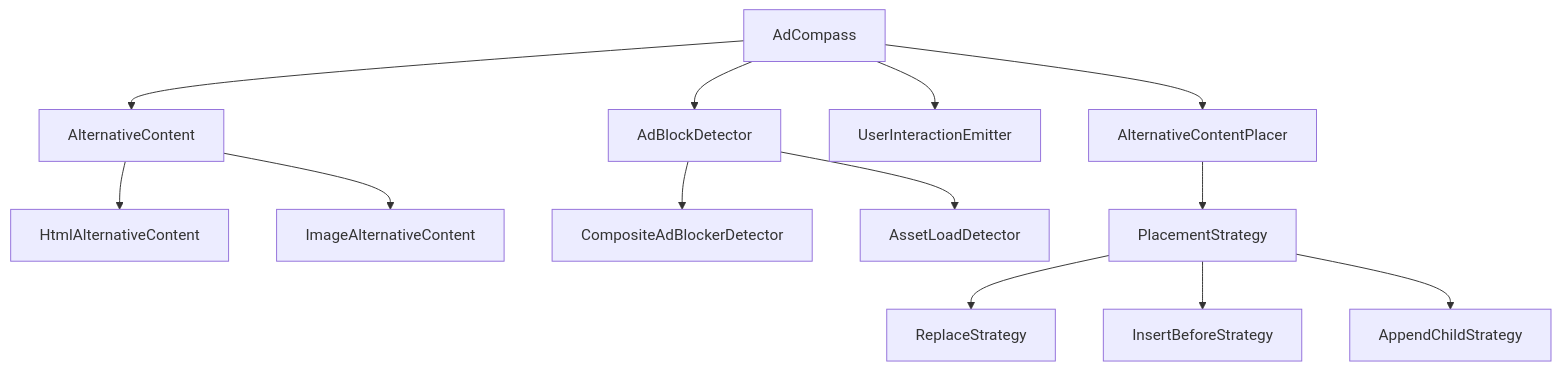
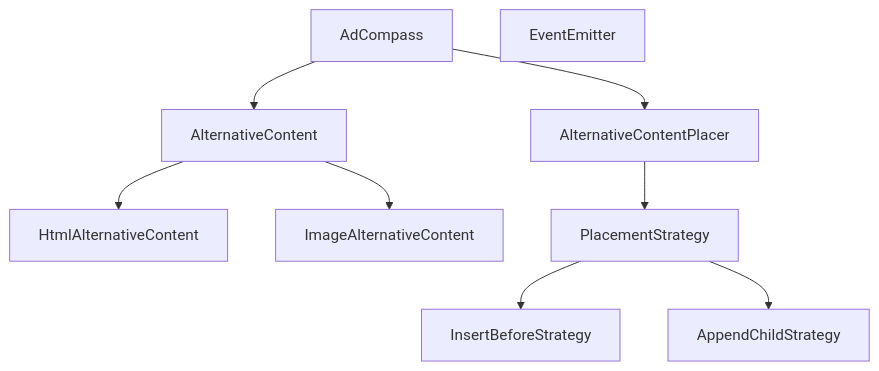
One commit to hogekai/ad-compass changed the diagram in docs/architecture/overview.md. Above: the diagram before and after it, drawn with Mermaid.

Commit message:
Remove ad blocker relationship from system overview

````diff
--- a/docs/architecture/overview.md
+++ b/docs/architecture/overview.md
@@ -1,19 +1,14 @@
 ```mermaid
 graph TD
     A[AdCompass] --> B[AlternativeContent]
-    A --> C[AdBlockDetector]
-    A --> E[UserInteractionEmitter]
+    E[EventEmitter]
 
     B --> J[HtmlAlternativeContent]
     B --> K[ImageAlternativeContent]
 
     A --> D[AlternativeContentPlacer]
 
-    C --> F[CompositeAdBlockerDetector]
-    C --> G[AssetLoadDetector]
-
     D --> I[PlacementStrategy]
-    I --> M[ReplaceStrategy]
     I --> N[InsertBeforeStrategy]
     I --> O[AppendChildStrategy]
 ```
````
